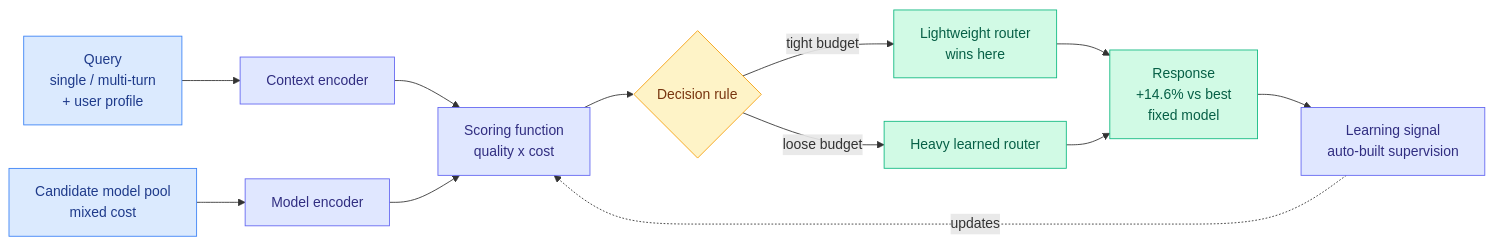
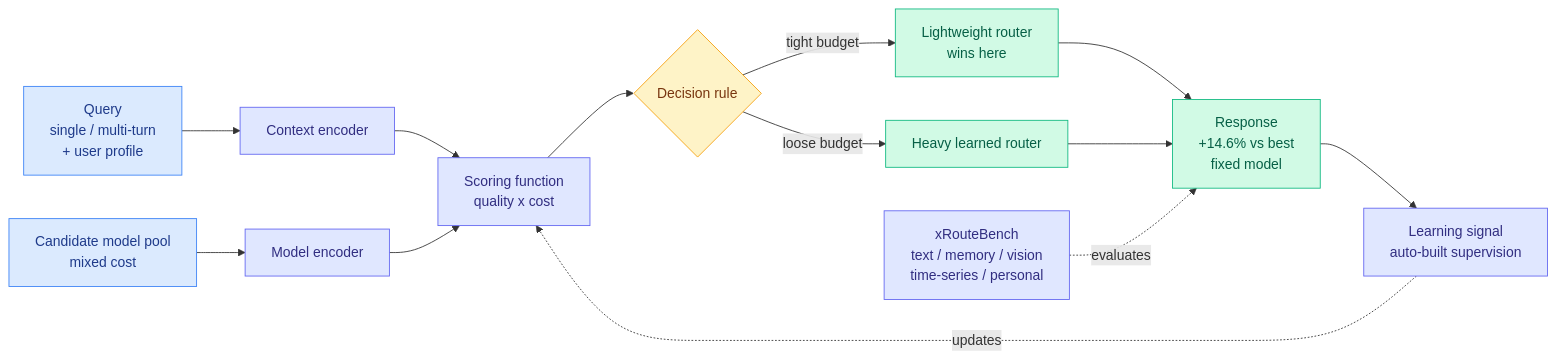
Before and after one commit to bayesiansapien/cere-bro: the second of 9 diagrams in wiki/daily-digest/2026-08/2026-08-14.md, drawn with Mermaid. The commit also changed other lines of this file and 6 other files, not shown here.

````diff
--- a/wiki/daily-digest/2026-08/2026-08-14.md
+++ b/wiki/daily-digest/2026-08/2026-08-14.md
@@ -38,22 +94,23 @@
 ```mermaid
 flowchart LR
   Q[Query<br/>single / multi-turn<br/>+ user profile] --> CE[Context encoder]
   P[Candidate model pool<br/>mixed cost] --> ME[Model encoder]
   CE --> S[Scoring function<br/>quality x cost]
   ME --> S
   S --> D{Decision rule}
   D -->|tight budget| L[Lightweight router<br/>wins here]
   D -->|loose budget| H[Heavy learned router]
   L --> O[Response<br/>+14.6% vs best<br/>fixed model]
   H --> O
   O --> LS[Learning signal<br/>auto-built supervision]
   LS -.updates.-> S
+  B[xRouteBench<br/>text / memory / vision<br/>time-series / personal] -.evaluates.-> O
   classDef input fill:#dbeafe,stroke:#3b82f6,color:#1e3a8a
   classDef decision fill:#fef3c7,stroke:#f59e0b,color:#78350f
   classDef output fill:#d1fae5,stroke:#10b981,color:#065f46
   classDef aux fill:#e0e7ff,stroke:#6366f1,color:#312e81
   class Q,P input
   class D decision
   class L,H,O output
-  class CE,ME,S,LS aux
+  class CE,ME,S,LS,B aux
 ```
````
